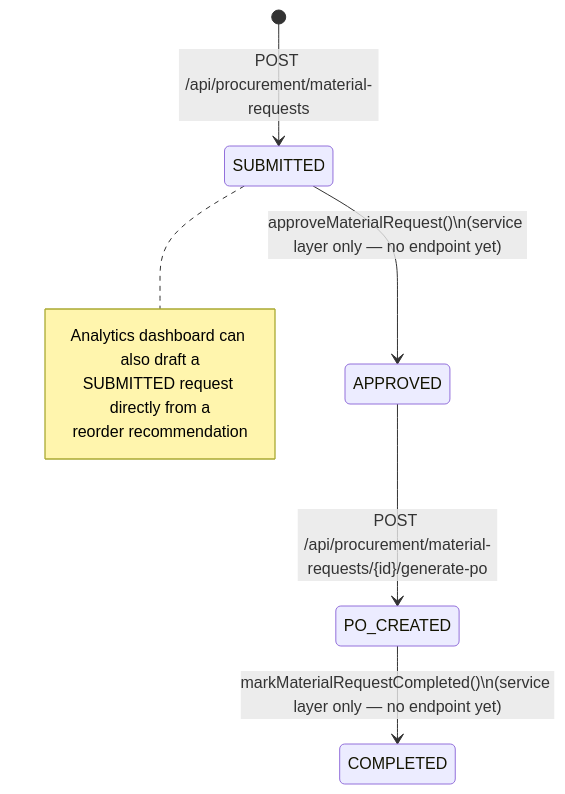
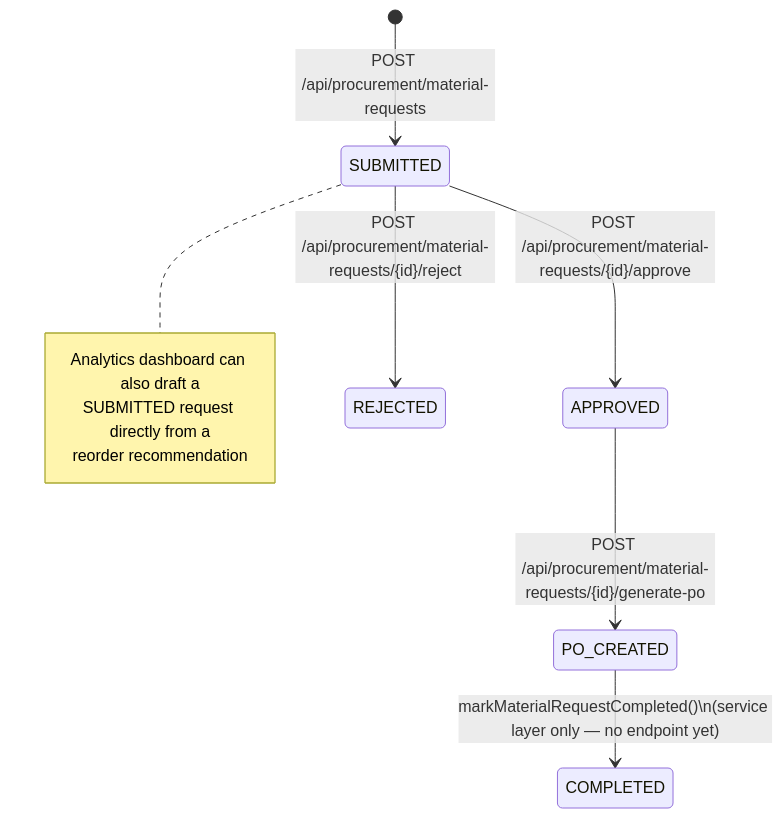
The second of 5 diagrams in README.md (Rytsia1/siteflow), drawn with Mermaid before and after one commit. The commit also changed other lines of this file and 13 other files, not shown here.

Commit message:
feat: implement material request approval and rejection workflow with audit tracking

````diff
--- a/README.md
+++ b/README.md
@@ -87,13 +87,14 @@
 ```mermaid
 stateDiagram-v2
     [*] --> SUBMITTED: POST /api/procurement/material-requests
-    SUBMITTED --> APPROVED: approveMaterialRequest()\n(service layer only — no endpoint yet)
+    SUBMITTED --> APPROVED: POST /api/procurement/material-requests/{id}/approve
+    SUBMITTED --> REJECTED: POST /api/procurement/material-requests/{id}/reject
     APPROVED --> PO_CREATED: POST /api/procurement/material-requests/{id}/generate-po
     PO_CREATED --> COMPLETED: markMaterialRequestCompleted()\n(service layer only — no endpoint yet)
 
     note right of SUBMITTED
         Analytics dashboard can also draft a
         SUBMITTED request directly from a
         reorder recommendation
     end note
 ```
````
